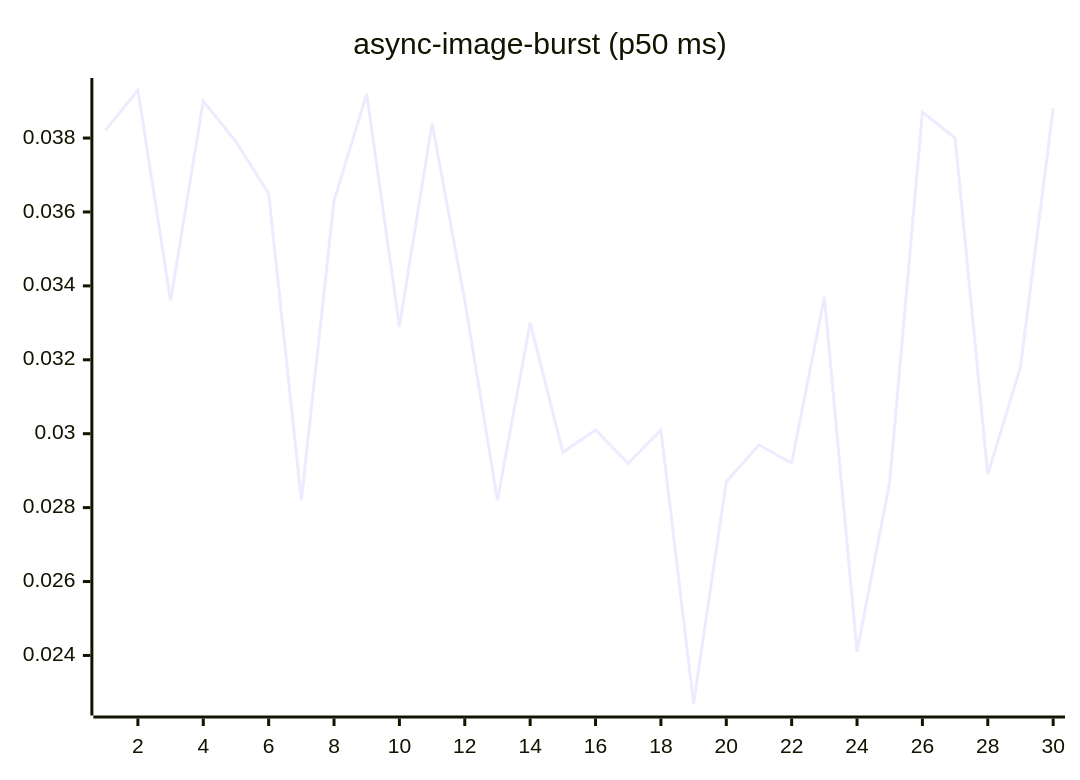
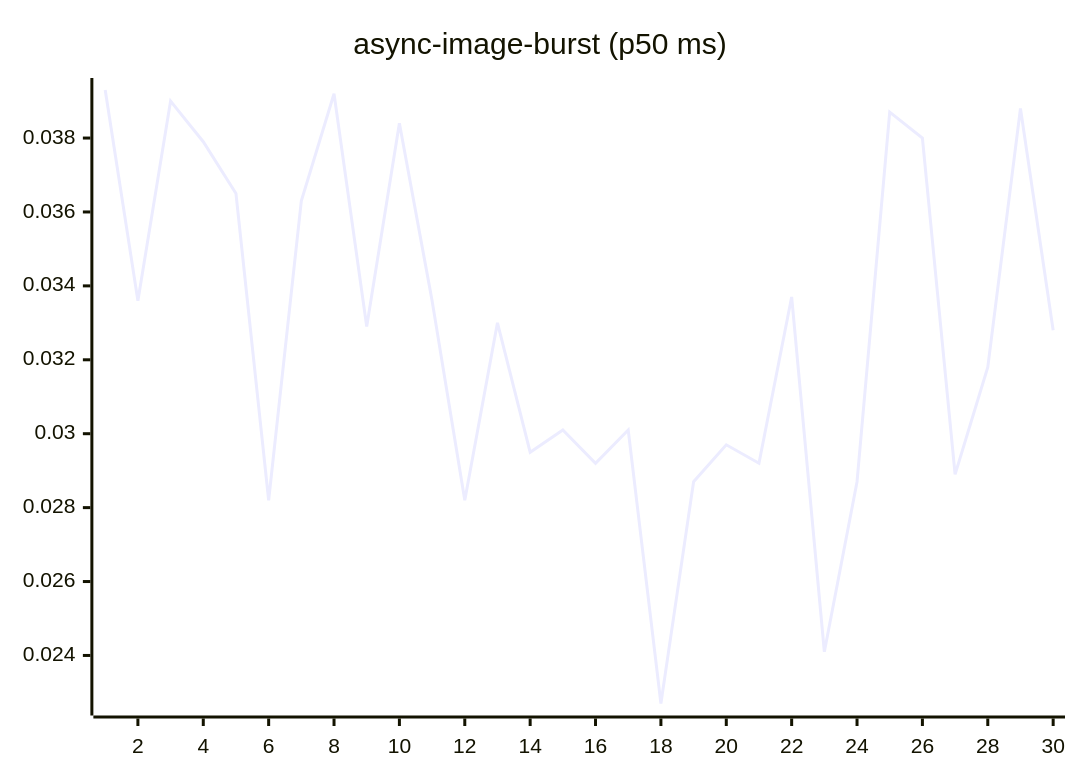
Before and after one commit to josha/Facet: the fourth of 27 diagrams in README.md, drawn with Mermaid. The commit also changed other lines of this file and 2 other files, not shown here.

````diff
--- a/README.md
+++ b/README.md
@@ -84,6 +84,6 @@
 ```mermaid
 xychart-beta
     title "async-image-burst (p50 ms)"
     x-axis 1 --> 30
-    line [0.0382, 0.0393, 0.0336, 0.0390, 0.0379, 0.0365, 0.0282, 0.0363, 0.0392, 0.0329, 0.0384, 0.0336, 0.0282, 0.0330, 0.0295, 0.0301, 0.0292, 0.0301, 0.0227, 0.0287, 0.0297, 0.0292, 0.0337, 0.0241, 0.0287, 0.0387, 0.0380, 0.0289, 0.0318, 0.0388]
+    line [0.0393, 0.0336, 0.0390, 0.0379, 0.0365, 0.0282, 0.0363, 0.0392, 0.0329, 0.0384, 0.0336, 0.0282, 0.0330, 0.0295, 0.0301, 0.0292, 0.0301, 0.0227, 0.0287, 0.0297, 0.0292, 0.0337, 0.0241, 0.0287, 0.0387, 0.0380, 0.0289, 0.0318, 0.0388, 0.0328]
 ```
````
